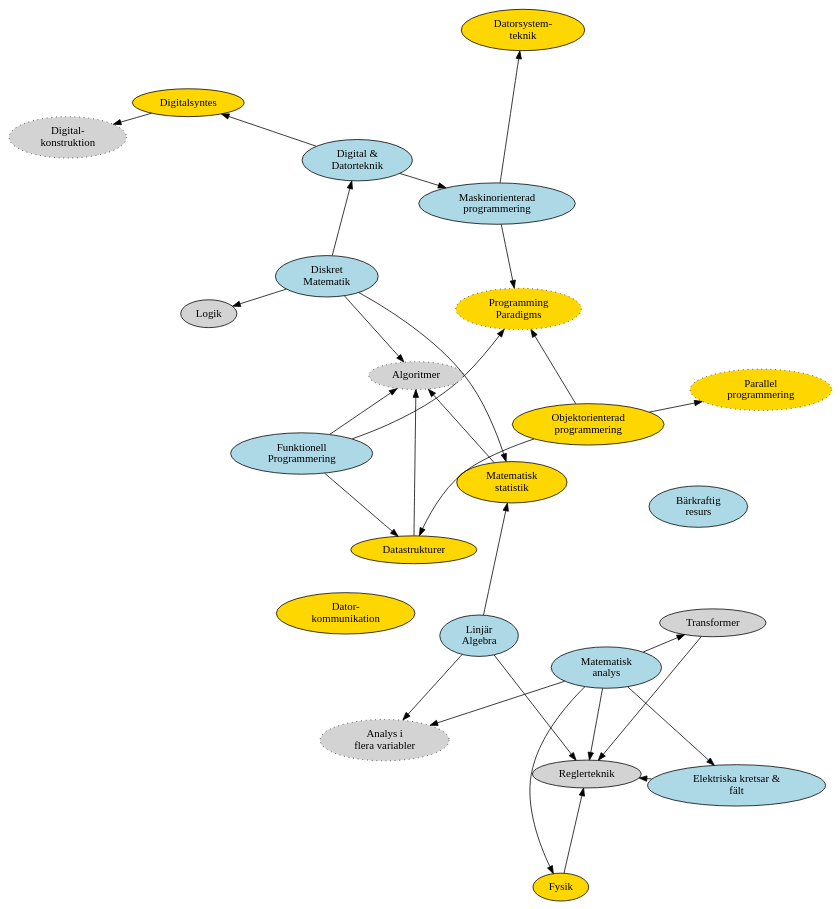
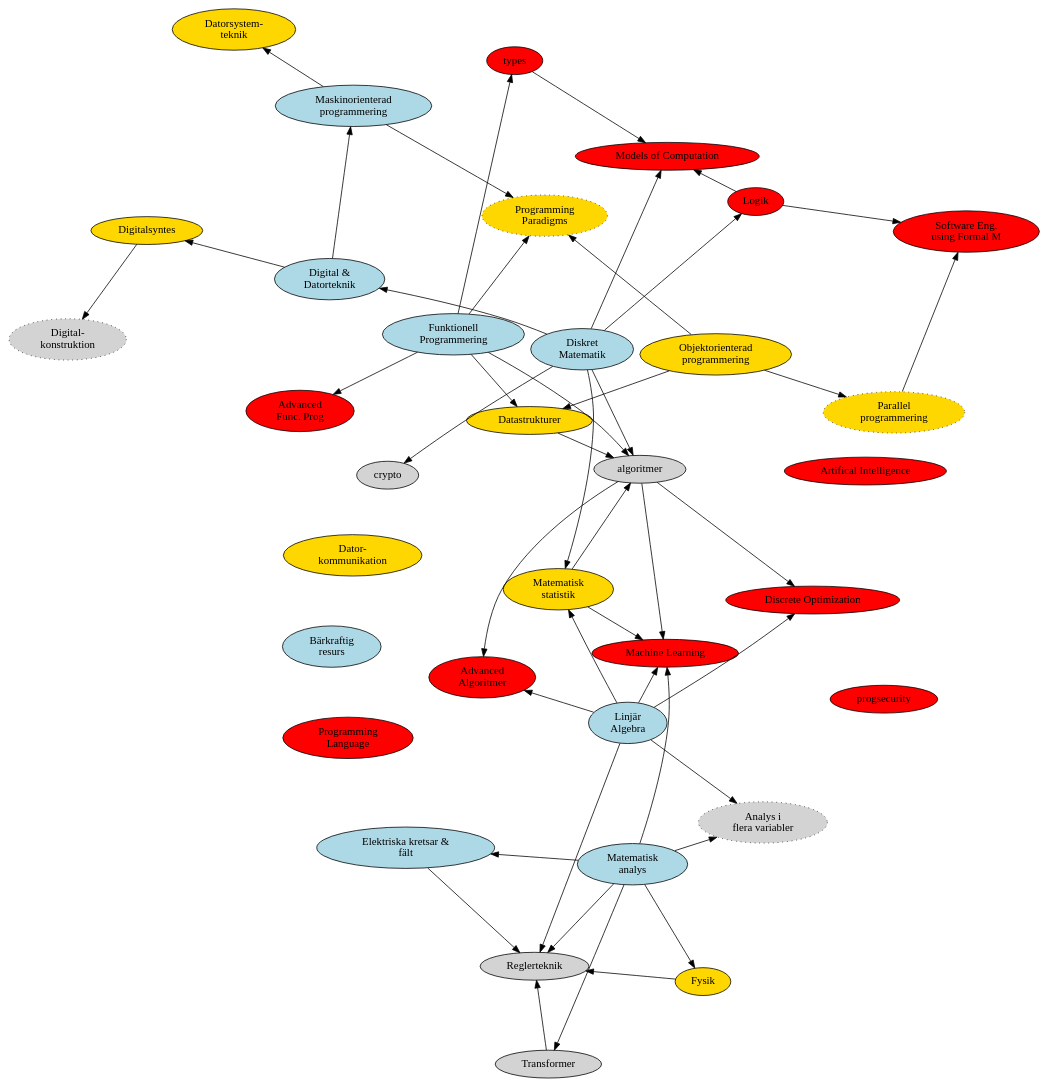
One commit to dtekcth/snd-kursgraf changed the diagram in kursgraf.dot. Above: the diagram before and after it, drawn with Graphviz.

Commit message:
Added csall

```diff
--- a/kursgraf.dot
+++ b/kursgraf.dot
@@ -1,86 +1,117 @@
 digraph G
 {
 	layout=fdp
 	nodesep=1
 	splines=true
 	overlap=prism 
 	node [style="solid,filled"]
 
 	
 
 	//TKDAT-1
 	subgraph {
 		node [fillcolor="lightblue"]
 		haskell [label = "Funktionell\nProgrammering"]
 		diskmat [label = "Diskret\nMatematik"]
 		linalg [label = "Linjär\nAlgebra"]
 		digodat [label = "Digital &\nDatorteknik"]
 		analys [label = "Matematisk\nanalys"]
 		mop [label = "Maskinorienterad\nprogrammering"]
 		el [label = "Elektriska kretsar &\nfält"]
 		barsaft [label = "Bärkraftig\nresurs"]
 	}
 	
 	diskmat -> digodat
 	digodat -> mop
 	analys -> el
 
 	//TKDAT-2
 	subgraph {
 		node [fillcolor="gold1"]
 		matstat [label = "Matematisk\nstatistik"]
 		oop [label = "Objektorienterad\nprogrammering"]
 		fysik [label = "Fysik"]
 		dstrukt [label = "Datastrukturer"]
 		syntes [label = "Digitalsyntes"]
 		subgraph {
 			node [style="dotted, filled"]
 			pp [label = "Programming\nParadigms"]
 			concurrent [label = "Parallel\nprogrammering"]
 		}
 		dst [ label = "Datorsystem-\nteknik"]
 		datakom [label = "Dator-\nkommunikation"]
 	}
 	haskell -> pp
 	haskell -> dstrukt
 	oop -> dstrukt
 	oop -> concurrent
 	oop -> pp
 	mop -> pp
 	digodat -> syntes
 	mop -> dst
 	analys -> fysik
 	linalg -> matstat
 	diskmat -> matstat
 	
 	//TKDAT-3
 	tss [label = "Transformer"]
 	regler [label = "Reglerteknik"]
 	tss -> regler
 	analys -> tss
 	analys -> regler
 	fysik -> regler
 	el -> regler
 	linalg -> regler
 	
+	//CSALL
+    subgraph {
 
-	//Valbara
+        node [style ="filled", fillcolor="red"]
+        advAlg [label = "Advanced \n Algoritmer"]
+        advFunc [label = "Advanced \n Func. Prog"]
+        logik [label = "Logic in CS"]
+        prolang [label = "Programming \n Language"]
+        ml [label = "Machine Learning"]
+        softEng [label ="Software Eng. \n using Formal M"]
+        discopt [label = "Discrete Optimization"]
+        ai [label ="Artifical Intelligence"]
+        models [label ="Models of Computation"]
+        progsecurity
+        types
+    }
+    diskmat -> models
+    logik -> models
+    diskmat -> crypto
+    haskell -> types
+    types -> models
+    algoritmer -> discopt
+    linalg -> discopt
+    concurrent -> softEng
+    logik -> softEng
+    linalg -> advAlg
+    algoritmer -> advAlg
+    algoritmer -> ml
+    analys -> ml
+    matstat -> ml
+    linalg -> ml
+    haskell -> advFunc
+
+    //Valbara
 	subgraph {
 		node [style="dotted, filled"]
 		flervar [label = "Analys i\nflera variabler"]
-		algoritmer [label = "Algoritmer"]
 		digkonstr [label = "Digital-\nkonstruktion"]
 	}
 	syntes -> digkonstr
 	linalg -> flervar
 	analys -> flervar
 	dstrukt -> algoritmer
 	haskell -> algoritmer
 	diskmat -> algoritmer
 	matstat -> algoritmer
 
 	//CSALL
 	logik [label = "Logik"]
 	diskmat -> logik
 
 }	
```
